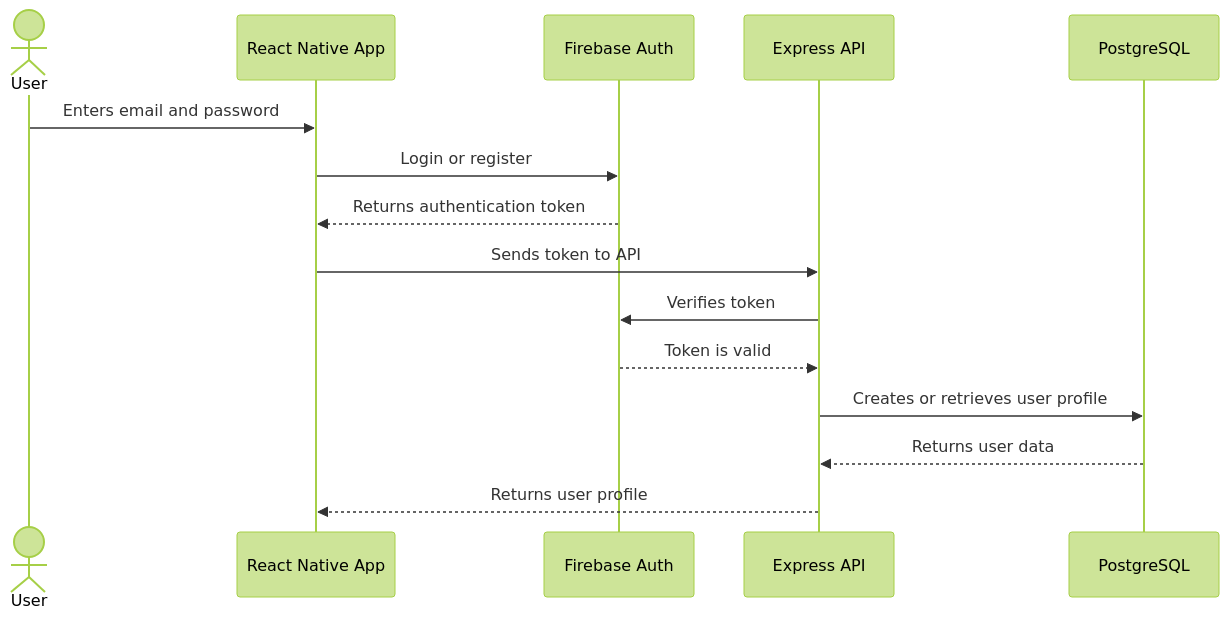
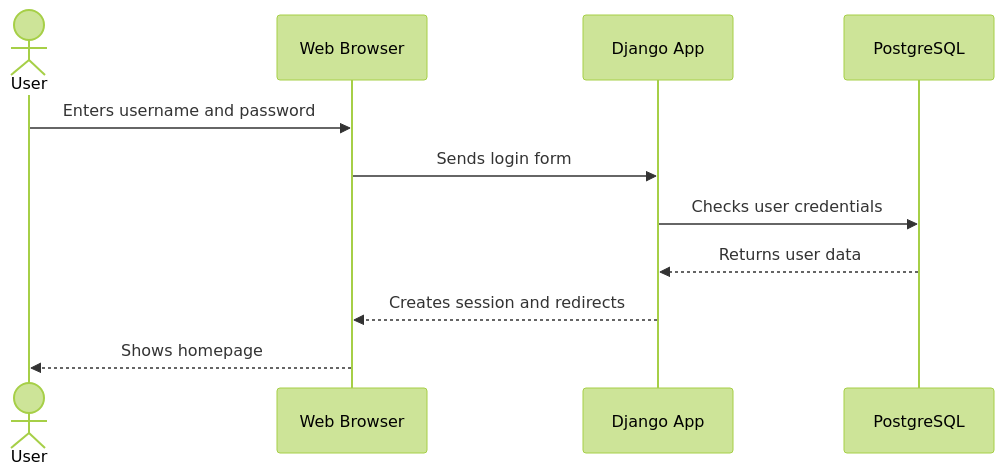
One commit to Handroc/Livract-project changed the third of 9 diagrams in README.md. Above: the diagram before and after it, drawn with Mermaid (forest theme). The commit also changed other lines of this file, not shown here.

````diff
--- a/README.md
+++ b/README.md
@@ -276,18 +465,14 @@
 ```mermaid
 sequenceDiagram
     actor User
-    participant App as React Native App
-    participant Firebase as Firebase Auth
-    participant API as Express API
+    participant Browser as Web Browser
+    participant Django as Django App
     participant DB as PostgreSQL
 
-    User->>App: Enters email and password
-    App->>Firebase: Login or register
-    Firebase-->>App: Returns authentication token
-    App->>API: Sends token to API
-    API->>Firebase: Verifies token
-    Firebase-->>API: Token is valid
-    API->>DB: Creates or retrieves user profile
-    DB-->>API: Returns user data
-    API-->>App: Returns user profile
+    User->>Browser: Enters username and password
+    Browser->>Django: Sends login form
+    Django->>DB: Checks user credentials
+    DB-->>Django: Returns user data
+    Django-->>Browser: Creates session and redirects
+    Browser-->>User: Shows homepage
 ```
````
